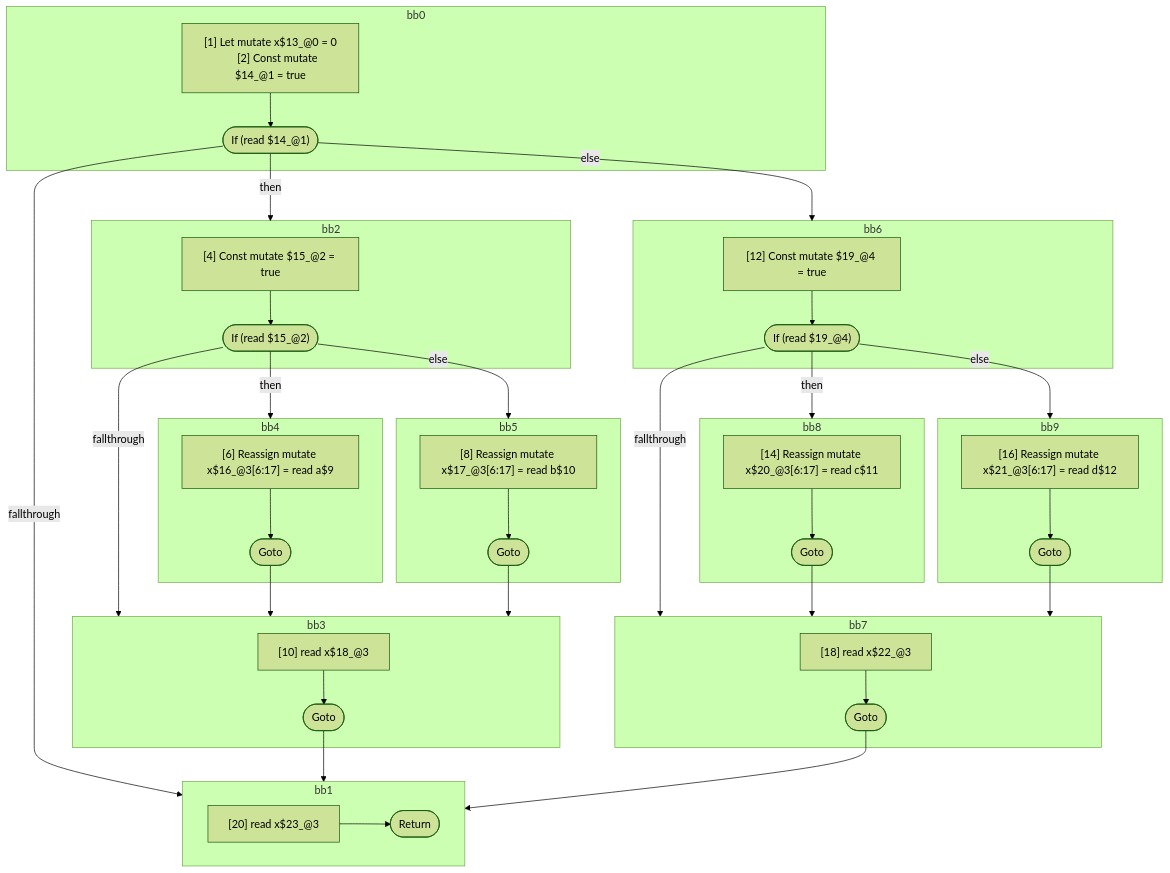
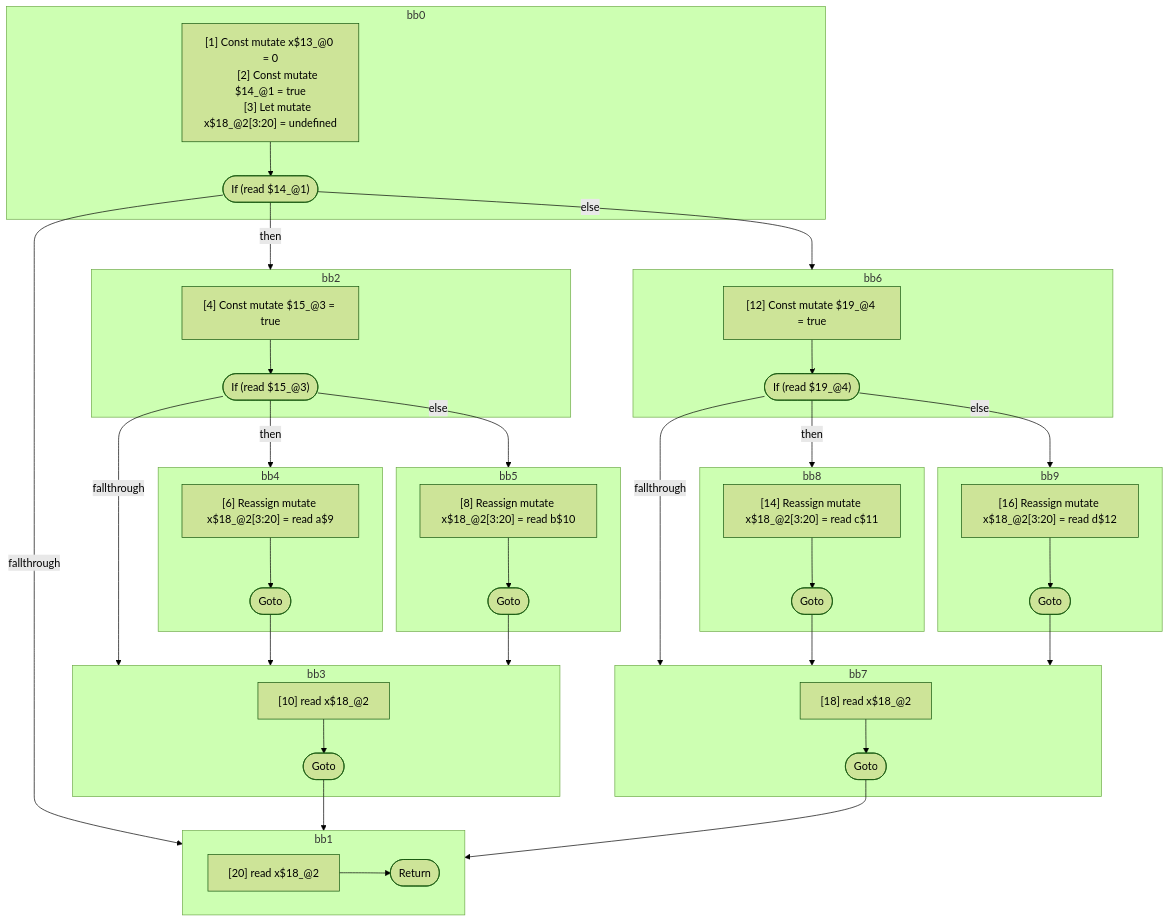
The diagram in compiler/forget/src/__tests__/fixtures/hir/ssa-multiple-phis.expect.md (wutsmog/private), drawn with Mermaid (forest theme) before and after one commit. The commit also changed other lines of this file and 61 other files, not shown here.

```diff
--- a/compiler/forget/src/__tests__/fixtures/hir/ssa-multiple-phis.expect.md
+++ b/compiler/forget/src/__tests__/fixtures/hir/ssa-multiple-phis.expect.md
@@ -85,32 +83,33 @@
   %% Basic Blocks
   subgraph bb0
     bb0_instrs["
-      [1] Let mutate x$13_@0 = 0
+      [1] Const mutate x$13_@0 = 0
       [2] Const mutate $14_@1 = true
+      [3] Let mutate x$18_@2[3:20] = undefined
     "]
     bb0_instrs --> bb0_terminal(["If (read $14_@1)"])
   end
   subgraph bb2
     bb2_instrs["
-      [4] Const mutate $15_@2 = true
+      [4] Const mutate $15_@3 = true
     "]
-    bb2_instrs --> bb2_terminal(["If (read $15_@2)"])
+    bb2_instrs --> bb2_terminal(["If (read $15_@3)"])
   end
   subgraph bb4
     bb4_instrs["
-      [6] Reassign mutate x$16_@3[6:17] = read a$9
+      [6] Reassign mutate x$18_@2[3:20] = read a$9
     "]
     bb4_instrs --> bb4_terminal(["Goto"])
   end
   subgraph bb5
     bb5_instrs["
-      [8] Reassign mutate x$17_@3[6:17] = read b$10
+      [8] Reassign mutate x$18_@2[3:20] = read b$10
     "]
     bb5_instrs --> bb5_terminal(["Goto"])
   end
   subgraph bb3
     bb3_instrs["
-      [10] read x$18_@3
+      [10] read x$18_@2
     "]
     bb3_instrs --> bb3_terminal(["Goto"])
   end
@@ -122,25 +121,25 @@
   end
   subgraph bb8
     bb8_instrs["
-      [14] Reassign mutate x$20_@3[6:17] = read c$11
+      [14] Reassign mutate x$18_@2[3:20] = read c$11
     "]
     bb8_instrs --> bb8_terminal(["Goto"])
   end
   subgraph bb9
     bb9_instrs["
-      [16] Reassign mutate x$21_@3[6:17] = read d$12
+      [16] Reassign mutate x$18_@2[3:20] = read d$12
     "]
     bb9_instrs --> bb9_terminal(["Goto"])
   end
   subgraph bb7
     bb7_instrs["
-      [18] read x$22_@3
+      [18] read x$18_@2
     "]
     bb7_instrs --> bb7_terminal(["Goto"])
   end
   subgraph bb1
     bb1_instrs["
-      [20] read x$23_@3
+      [20] read x$18_@2
     "]
     bb1_instrs --> bb1_terminal(["Return"])
   end
```
